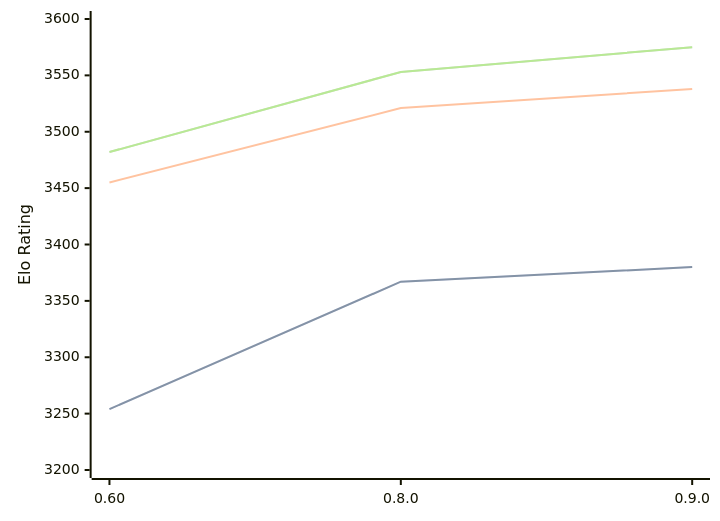
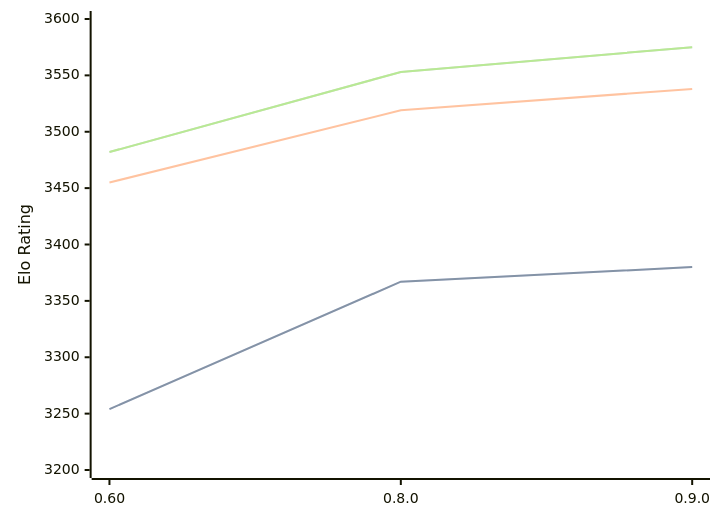
Before and after one commit to computer-chess-index/cci: the diagram in engines/Motor.md, drawn with Mermaid. The commit also changed other lines of this file, not shown here.

````diff
--- a/engines/Motor.md
+++ b/engines/Motor.md
@@ -37,11 +37,11 @@
 ```mermaid
 %%{init: {"theme":"base","themeVariables":{"seriesColors:['#a3a3a3','#222221','#faa371']}}}%%
 xychart-beta
   x-axis ["0.60", "0.8.0", "0.9.0"]
   y-axis "Elo Rating" 3200 --> 3600
   line "STC (8.0+0.08s)" [3254, 3367, 3380]
   line "STC (8.0+0.08s)" [3254, 3367, 3380]
-  line "LTC (60.0+0.60s)" [3455, 3521, 3538]
+  line "LTC (60.0+0.60s)" [3455, 3519, 3538]
   line "VLTC (2m24s+1.12s)" [3482, 3553, 3575]
   line "VLTC (2m24s+1.12s)" [3482, 3553, 3575]
 ```
````
